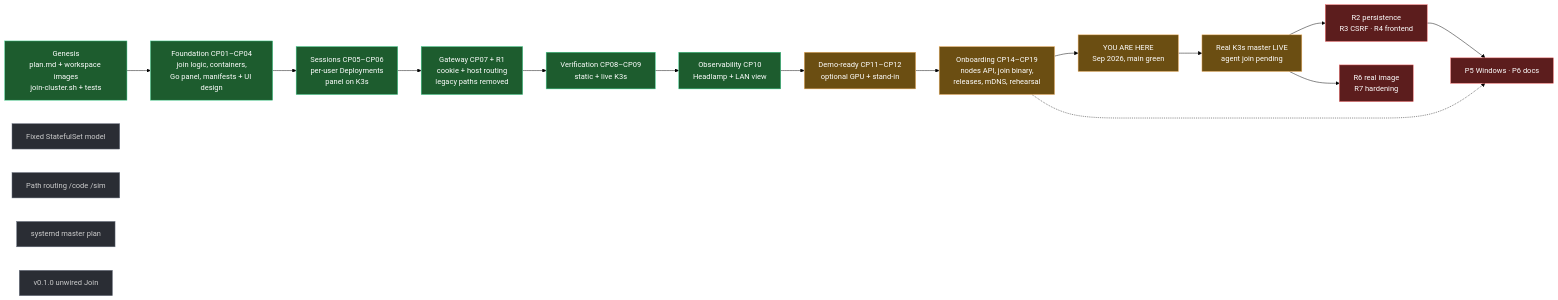
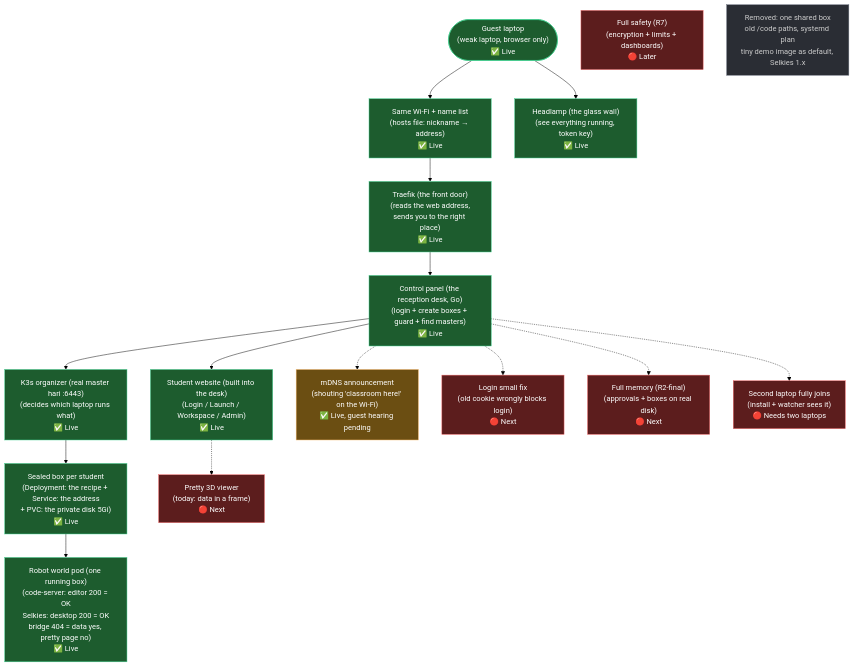
One commit to GITGUYX8/LDNDRC changed the second of 6 diagrams in docs/project-journey-report.md. Above: the diagram before and after it, drawn with Mermaid (forest theme). The commit also changed other lines of this file and 2 other files, not shown here.

````diff
--- a/docs/project-journey-report.md
+++ b/docs/project-journey-report.md
@@ -20,32 +90,36 @@
 ```mermaid
-flowchart LR
+flowchart TB
     classDef done fill:#1d5c2e,stroke:#3ecf8e,color:#fff
-    classDef prov fill:#6b4e12,stroke:#f5b86c,color:#fff
+    classDef part fill:#6b4e12,stroke:#f5b86c,color:#fff
     classDef missing fill:#5c1d1d,stroke:#f56c6c,color:#fff
     classDef gone fill:#2a2d34,stroke:#6b7280,color:#ccc
 
-    GEN["Genesis<br/>plan.md + workspace images<br/>join-cluster.sh + tests"]:::done
-    FND["Foundation CP01–CP04<br/>join logic, containers,<br/>Go panel, manifests + UI design"]:::done
-    SES["Sessions CP05–CP06<br/>per-user Deployments<br/>panel on K3s"]:::done
-    GW["Gateway CP07 + R1<br/>cookie + host routing<br/>legacy paths removed"]:::done
-    VER["Verification CP08–CP09<br/>static + live K3s"]:::done
-    OBS["Observability CP10<br/>Headlamp + LAN view"]:::done
-    DEMO["Demo-ready CP11–CP12<br/>optional GPU + stand-in"]:::prov
-    ONB["Onboarding CP14–CP19<br/>nodes API, join binary,<br/>releases, mDNS, rehearsal"]:::prov
-    YOU["YOU ARE HERE<br/>Sep 2026, main green"]:::prov
+    Guest(["Guest laptop<br/>(weak laptop, browser only)<br/>✅ Live"]):::done
+    LAN["Same Wi-Fi + name list<br/>(hosts file: nickname → address)<br/>✅ Live"]:::done
+    Door["Traefik (the front door)<br/>(reads the web address,<br/>sends you to the right place)<br/>✅ Live"]:::done
+    Desk["Control panel (the reception desk, Go)<br/>(login + create boxes + guard + find masters)<br/>✅ Live"]:::done
+    Site["Student website (built into the desk)<br/>(Login / Launch / Workspace / Admin)<br/>✅ Live"]:::done
+    Org["K3s organizer (real master hari :6443)<br/>(decides which laptop runs what)<br/>✅ Live"]:::done
+    Box["Sealed box per student<br/>(Deployment: the recipe + Service: the address<br/>+ PVC: the private disk 5Gi)<br/>✅ Live"]:::done
+    World["Robot world pod (one running box)<br/>(code-server: editor 200 = OK<br/>Selkies: desktop 200 = OK<br/>bridge 404 = data yes, pretty page no)<br/>✅ Live"]:::done
+    View["Headlamp (the glass wall)<br/>(see everything running, token key)<br/>✅ Live"]:::done
+    Announce["mDNS announcement<br/>(shouting 'classroom here!' on the Wi-Fi)<br/>✅ Live, guest hearing pending"]:::part
 
-    REAL["Real K3s master LIVE<br/>agent join pending"]:::prov
-    FEAT["R2 persistence<br/>R3 CSRF · R4 frontend"]:::missing
-    IMG["R6 real image<br/>R7 hardening"]:::missing
-    P56["P5 Windows · P6 docs"]:::missing
+    Fix["Login small fix<br/>(old cookie wrongly blocks login)<br/>🔴 Next"]:::missing
+    Memory["Full memory (R2-final)<br/>(approvals + boxes on real disk)<br/>🔴 Next"]:::missing
+    Pretty["Pretty 3D viewer<br/>(today: data in a frame)<br/>🔴 Next"]:::missing
+    Join["Second laptop fully joins<br/>(install + watcher sees it)<br/>🔴 Needs two laptops"]:::missing
+    Safe["Full safety (R7)<br/>(encryption + limits + dashboards)<br/>🔴 Later"]:::missing
 
-    OLD1["Fixed StatefulSet model"]:::gone
-    OLD2["Path routing /code /sim"]:::gone
-    OLD3["systemd master plan"]:::gone
-    OLD4["v0.1.0 unwired Join"]:::gone
+    Old["Removed: one shared box<br/>old /code paths, systemd plan<br/>tiny demo image as default, Selkies 1.x"]:::gone
 
-    GEN --> FND --> SES --> GW --> VER --> OBS --> DEMO --> ONB --> YOU --> REAL --> FEAT
-    REAL --> IMG
-    FEAT --> P56
-    ONB -.-> P56
+    Guest --> LAN --> Door --> Desk
+    Desk --> Site
+    Desk --> Org --> Box --> World
+    Guest --> View
+    Desk -.-> Announce
+    Desk -.-> Fix
+    Desk -.-> Memory
+    Site -.-> Pretty
+    Desk -.-> Join
 ```
````
